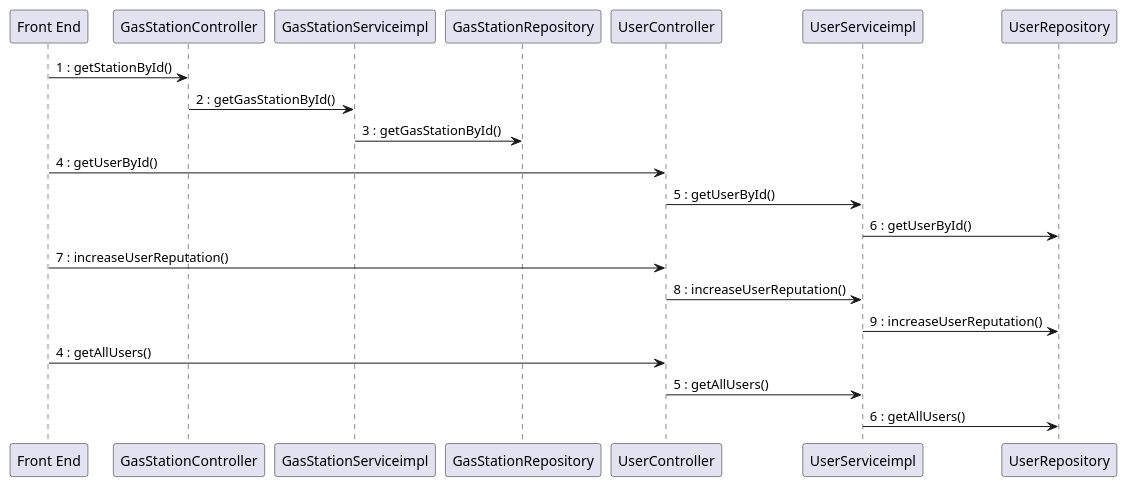
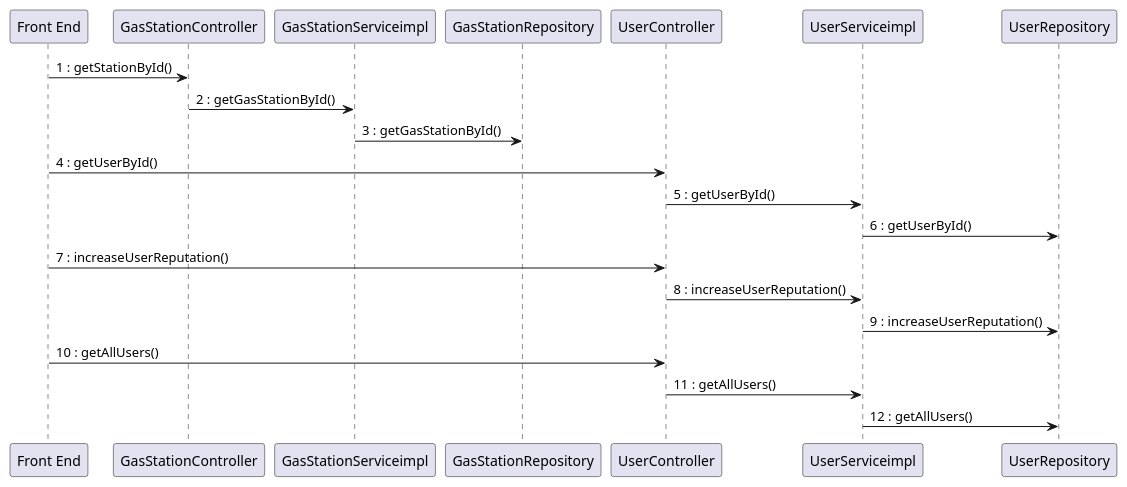
Diagram 14 of 15 in docs/DesignDocument.md (mosTavassoli/ezgas), drawn with PlantUML before and after one commit. The commit also changed other lines of this file, not shown here.

Commit message:
docs(DesignDocument): update verification sequence diagrams

````diff
--- a/docs/DesignDocument.md
+++ b/docs/DesignDocument.md
@@ -448,25 +454,25 @@
 ```plantuml
 "Front End" -> GasStationController:1 : getStationById()
 
 GasStationController -> GasStationServiceimpl:2 : getGasStationById()
 
 GasStationServiceimpl -> GasStationRepository:3 : getGasStationById()
 
 "Front End" -> UserController:4 : getUserById()
 
 UserController -> UserServiceimpl:5 : getUserById()
 
 UserServiceimpl -> UserRepository:6 : getUserById()
 
 "Front End" -> UserController :7 : increaseUserReputation()
 
 UserController -> UserServiceimpl :8 : increaseUserReputation()
 
 UserServiceimpl -> UserRepository :9 : increaseUserReputation()
 
-"Front End" -> UserController :4 : getAllUsers()
+"Front End" -> UserController :10 : getAllUsers()
 
-UserController -> UserServiceimpl :5 : getAllUsers()
+UserController -> UserServiceimpl :11 : getAllUsers()
 
-UserServiceimpl -> UserRepository :6 : getAllUsers()
+UserServiceimpl -> UserRepository :12 : getAllUsers()
 ```
````
